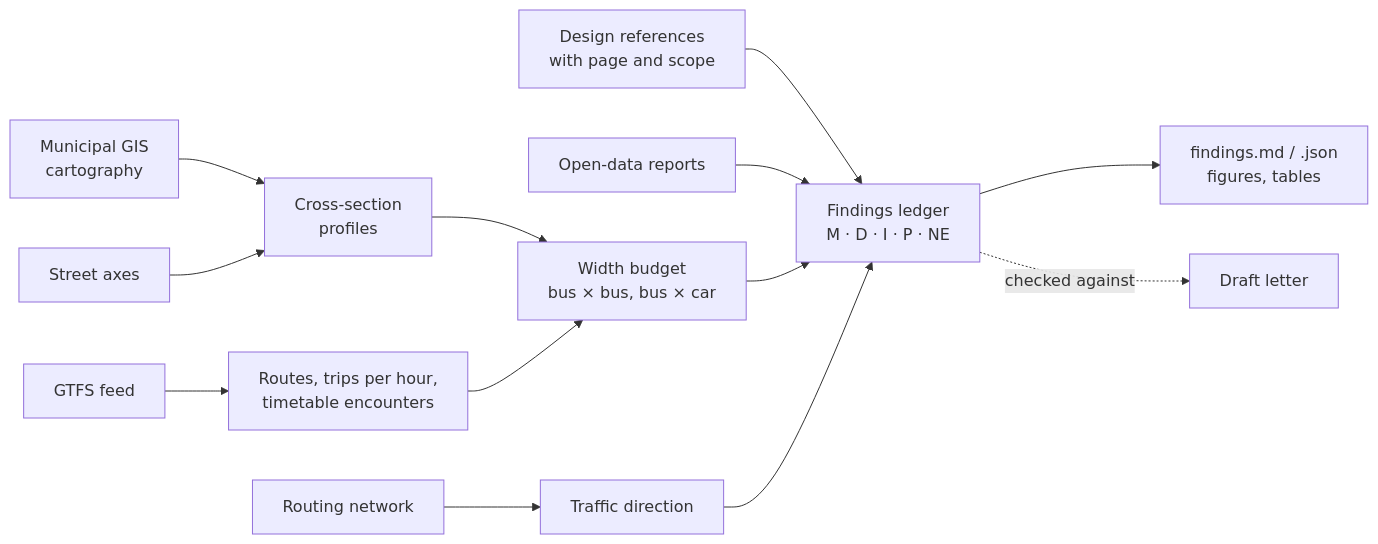
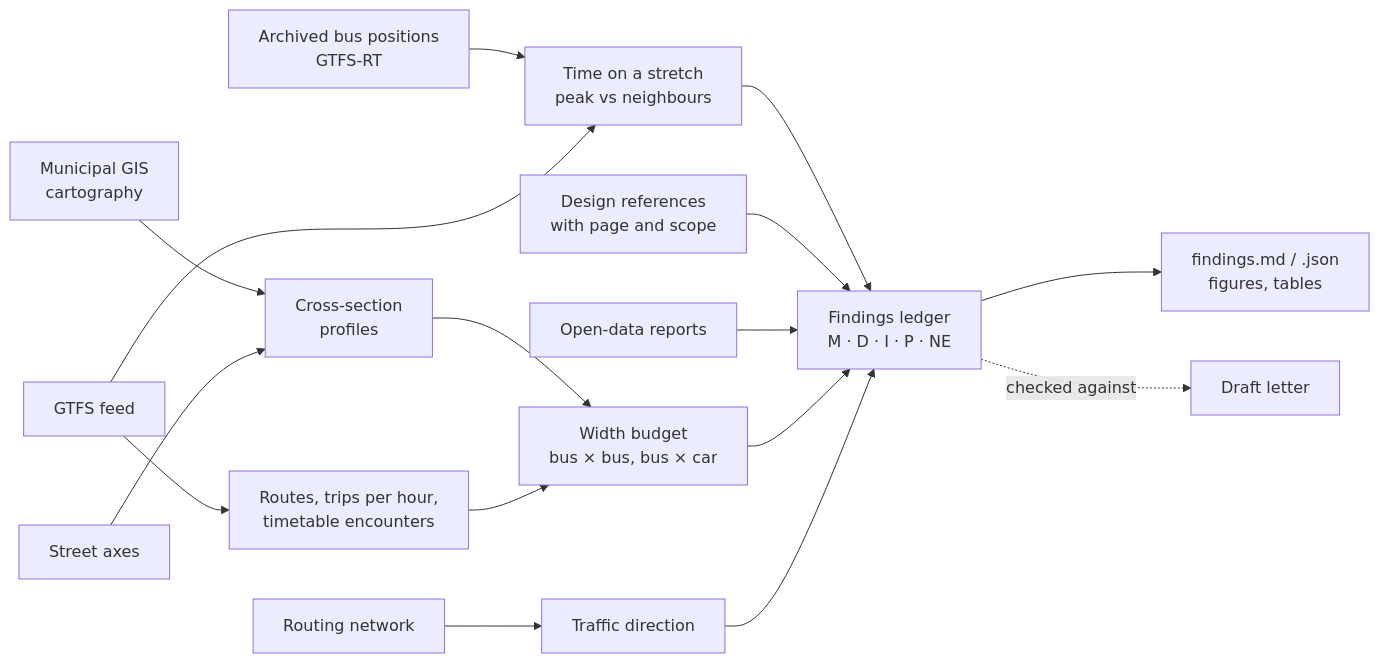
The diagram in README.en.md (diogo4256/mobilidados), drawn with Mermaid before and after one commit. The commit also changed other lines of this file and 38 other files, not shown here.

First line of the commit message:
Measure the time buses spend on a stretch, from archived real-time positions

````diff
--- a/README.en.md
+++ b/README.en.md
@@ -73,15 +78,18 @@
 ```mermaid
 flowchart LR
   A[Municipal GIS<br>cartography] --> P[Cross-section<br>profiles]
   B[Street axes] --> P
   C[Routing network] --> D[Traffic direction]
   G[GTFS feed] --> T[Routes, trips per hour,<br>timetable encounters]
+  V[Archived bus positions<br>GTFS-RT] --> W[Time on a stretch<br>peak vs neighbours]
+  G --> W
+  W --> L
   P --> E[Width budget<br>bus × bus, bus × car]
   T --> E
   S[Design references<br>with page and scope] --> L
   O[Open-data reports] --> L
   E --> L[Findings ledger<br>M · D · I · P · NE]
   D --> L
   L --> R[findings.md / .json<br>figures, tables]
   L -. checked against .-> X[Draft letter]
 ```
````
